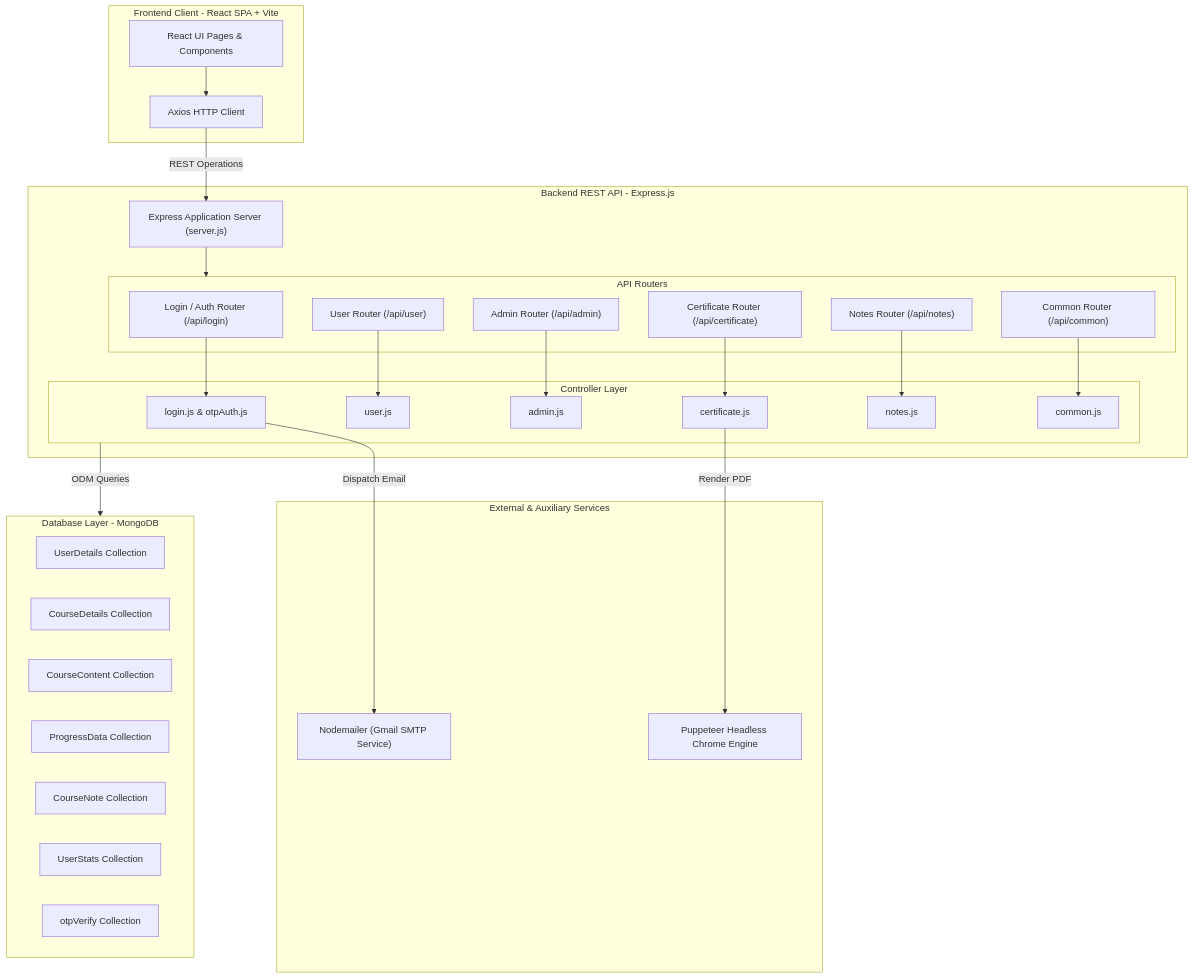
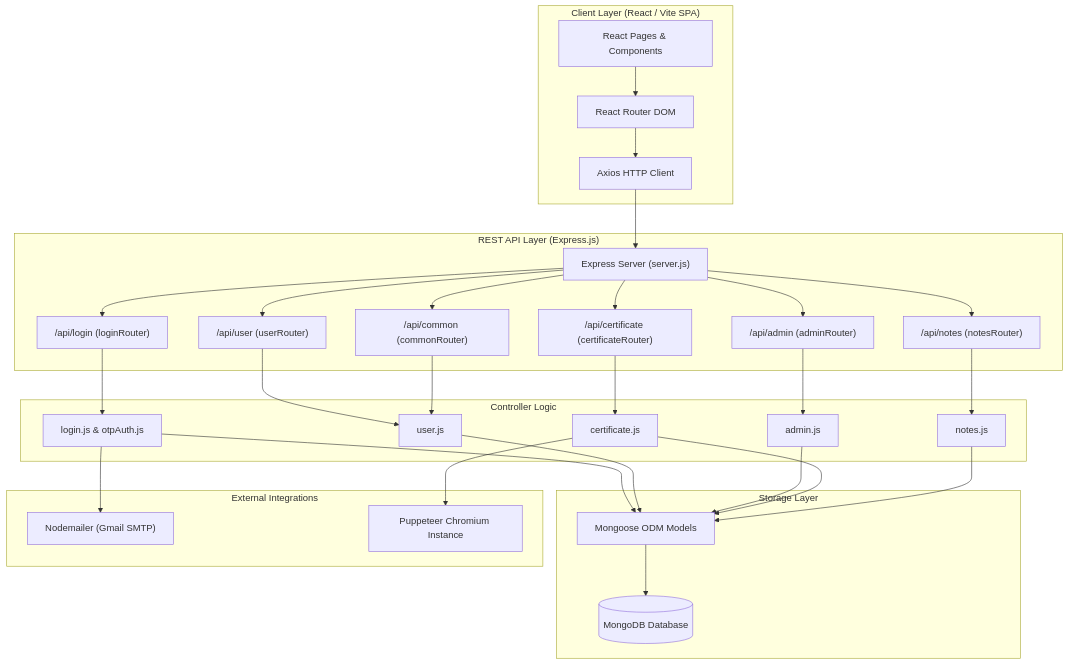
Before and after one commit to abdul8704/EduTrack: the first of 3 diagrams in architecture.md, drawn with Mermaid. The commit also changed other lines of this file, not shown here.

Commit message:
docs: sync architecture, API surface, and data models with implementation

````diff
--- a/architecture.md
+++ b/architecture.md
@@ -33,58 +45,65 @@
 ```mermaid
 flowchart TD
-    subgraph Client [Frontend Client - React SPA + Vite]
-        UI["React UI Pages & Components"]
-        AXIOS["Axios HTTP Client"]
-        UI --> AXIOS
+    subgraph Client ["Client Layer (React / Vite SPA)"]
+        UI["React Pages & Components"]
+        Router["React Router DOM"]
+        AxiosClient["Axios HTTP Client"]
     end
 
-    subgraph Server [Backend REST API - Express.js]
-        SERVER_JS["Express Application Server (server.js)"]
-        
-        subgraph Routers [API Routers]
-            AUTH_R["Login / Auth Router (/api/login)"]
-            USER_R["User Router (/api/user)"]
-            ADMIN_R["Admin Router (/api/admin)"]
-            CERT_R["Certificate Router (/api/certificate)"]
-            NOTES_R["Notes Router (/api/notes)"]
-            COMMON_R["Common Router (/api/common)"]
-        end
-
-        subgraph Controllers [Controller Layer]
-            AUTH_C["login.js & otpAuth.js"]
-            USER_C["user.js"]
-            ADMIN_C["admin.js"]
-            CERT_C["certificate.js"]
-            NOTES_C["notes.js"]
-            COMMON_C["common.js"]
-        end
-
-        SERVER_JS --> Routers
-        AUTH_R --> AUTH_C
-        USER_R --> USER_C
-        ADMIN_R --> ADMIN_C
-        CERT_R --> CERT_C
-        NOTES_R --> NOTES_C
-        COMMON_R --> COMMON_C
+    subgraph API ["REST API Layer (Express.js)"]
+        Server["Express Server (server.js)"]
+        LoginRouter["/api/login (loginRouter)"]
+        UserRouter["/api/user (userRouter)"]
+        AdminRouter["/api/admin (adminRouter)"]
+        CertRouter["/api/certificate (certificateRouter)"]
+        NotesRouter["/api/notes (notesRouter)"]
+        CommonRouter["/api/common (commonRouter)"]
     end
 
-    subgraph ExtServices [External & Auxiliary Services]
-        SMTP["Nodemailer (Gmail SMTP Service)"]
-        PUPPETEER["Puppeteer Headless Chrome Engine"]
+    subgraph Controllers ["Controller Logic"]
+        LoginCtrl["login.js & otpAuth.js"]
+        UserCtrl["user.js"]
+        AdminCtrl["admin.js"]
+        CertCtrl["certificate.js"]
+        NotesCtrl["notes.js"]
     end
 
-    subgraph DB [Database Layer - MongoDB]
-        M_USER["UserDetails Collection"]
-        M_COURSE["CourseDetails Collection"]
-        M_CONTENT["CourseContent Collection"]
-        M_PROGRESS["ProgressData Collection"]
-        M_NOTE["CourseNote Collection"]
-        M_STATS["UserStats Collection"]
-        M_OTP["otpVerify Collection"]
+    subgraph Database ["Storage Layer"]
+        MongooseModels["Mongoose ODM Models"]
+        MongoDB[("MongoDB Database")]
     end
 
-    AXIOS -->|REST Operations| SERVER_JS
-    AUTH_C -->|Dispatch Email| SMTP
-    CERT_C -->|Render PDF| PUPPETEER
-    Controllers -->|ODM Queries| DB
+    subgraph External ["External Integrations"]
+        SMTP["Nodemailer (Gmail SMTP)"]
+        Chrome["Puppeteer Chromium Instance"]
+    end
+
+    UI --> Router
+    Router --> AxiosClient
+    AxiosClient --> Server
+
+    Server --> LoginRouter
+    Server --> UserRouter
+    Server --> AdminRouter
+    Server --> CertRouter
+    Server --> NotesRouter
+    Server --> CommonRouter
+
+    LoginRouter --> LoginCtrl
+    UserRouter --> UserCtrl
+    AdminRouter --> AdminCtrl
+    CertRouter --> CertCtrl
+    NotesRouter --> NotesCtrl
+    CommonRouter --> UserCtrl
+
+    LoginCtrl --> MongooseModels
+    UserCtrl --> MongooseModels
+    AdminCtrl --> MongooseModels
+    CertCtrl --> MongooseModels
+    NotesCtrl --> MongooseModels
+
+    MongooseModels --> MongoDB
+
+    LoginCtrl --> SMTP
+    CertCtrl --> Chrome
 ```
````
